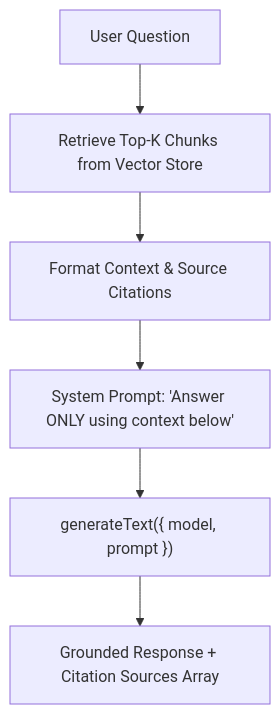
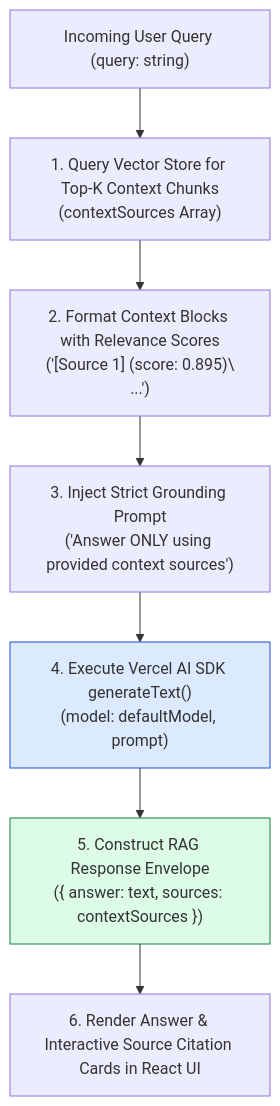
The first of 3 diagrams in agentic-ai-notes/08-samvaad-ai/05-rag-engine.md (Amie-dev/engineering-playbook), drawn with Mermaid before and after one commit. The commit also changed other lines of this file and 8 other files, not shown here.

````diff
--- a/agentic-ai-notes/08-samvaad-ai/05-rag-engine.md
+++ b/agentic-ai-notes/08-samvaad-ai/05-rag-engine.md
@@ -10,8 +13,17 @@
 ```mermaid
 flowchart TD
-    UserQuery[User Question] --> Retrieve[Retrieve Top-K Chunks from Vector Store]
-    Retrieve --> Format[Format Context & Source Citations]
-    Format --> Prompt["System Prompt: 'Answer ONLY using context below'"]
-    Prompt --> Generate["generateText({ model, prompt })"]
-    Generate --> Output["Grounded Response + Citation Sources Array"]
+    QueryInput["Incoming User Query (query: string)"] --> VectorRetrieve["1. Query Vector Store for Top-K Context Chunks<br/>(contextSources Array)"]
+
+    VectorRetrieve --> FormatContext["2. Format Context Blocks with Relevance Scores<br/>('[Source 1] (score: 0.895)\\n...')"]
+
+    FormatContext --> InjectPrompt["3. Inject Strict Grounding Prompt<br/>('Answer ONLY using provided context sources')"]
+
+    InjectPrompt --> GenerateCall["4. Execute Vercel AI SDK generateText()<br/>(model: defaultModel, prompt)"]
+
+    GenerateCall --> ResponseEnvelope["5. Construct RAG Response Envelope<br/>({ answer: text, sources: contextSources })"]
+
+    ResponseEnvelope --> UIRender[6. Render Answer & Interactive Source Citation Cards in React UI]
+
+    style GenerateCall fill:#dbeafe,stroke:#1d4ed8
+    style ResponseEnvelope fill:#dcfce7,stroke:#15803d
 ```
````
